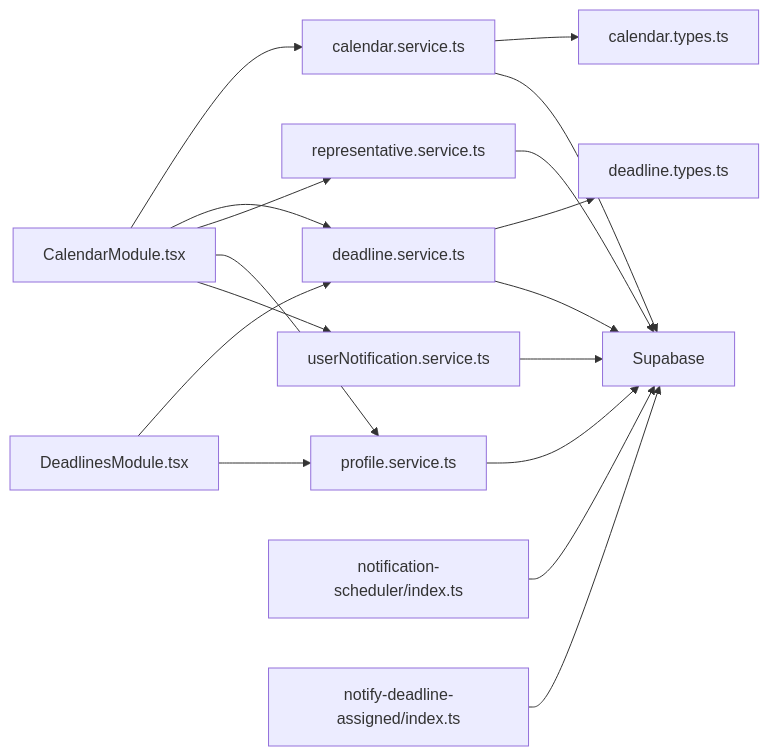
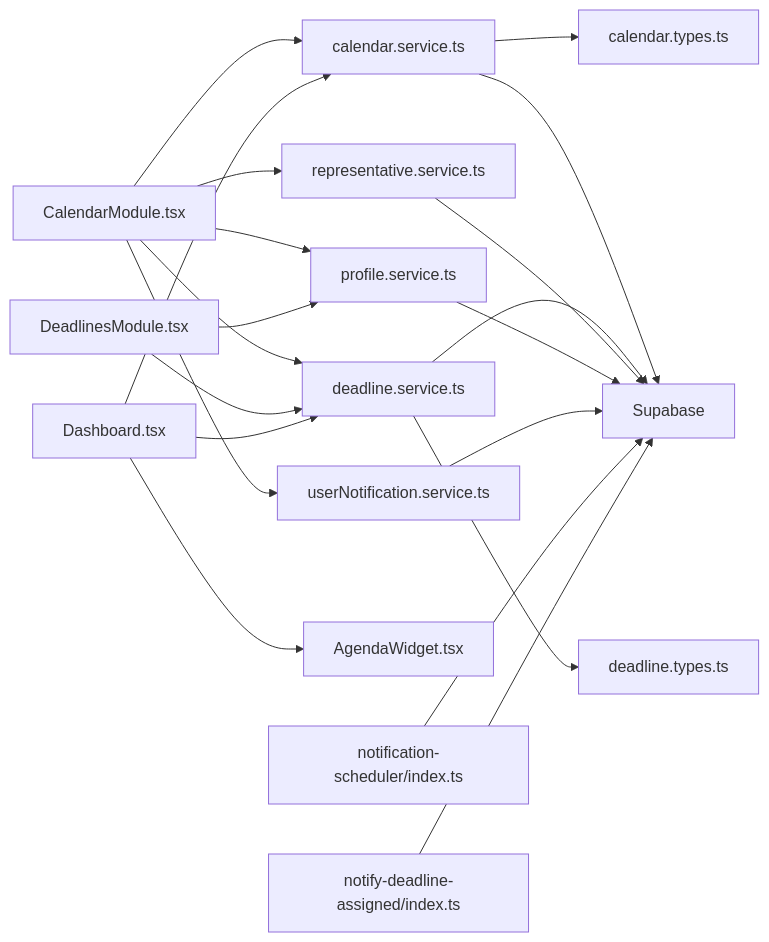
One commit to usermontalvao/CRMlaw changed the tenth of 11 diagrams in .qoder/repowiki/en/content/Core Modules/Calendar & Deadlines.md. Above: the diagram before and after it, drawn with Mermaid. The commit also changed other lines of this file and 7 other files, not shown here.

````diff
--- a/.qoder/repowiki/en/content/Core Modules/Calendar & Deadlines.md
+++ b/.qoder/repowiki/en/content/Core Modules/Calendar & Deadlines.md
@@ -356,19 +402,22 @@
 ```mermaid
 graph LR
 CM["CalendarModule.tsx"] --> CS["calendar.service.ts"]
 CM --> DS["deadline.service.ts"]
 CM --> RS["representative.service.ts"]
 CM --> PS["profile.service.ts"]
 CM --> UNS["userNotification.service.ts"]
 DM["DeadlinesModule.tsx"] --> DS
 DM --> PS
+DB["Dashboard.tsx"] --> CS
+DB --> DS
+DB --> AG["AgendaWidget.tsx"]
 CS --> CT["calendar.types.ts"]
 DS --> DT["deadline.types.ts"]
 CS --> SUPA["Supabase"]
 DS --> SUPA
 RS --> SUPA
 PS --> SUPA
 UNS --> SUPA
 FN["notification-scheduler/index.ts"] --> SUPA
 DA["notify-deadline-assigned/index.ts"] --> SUPA
 ```
````
